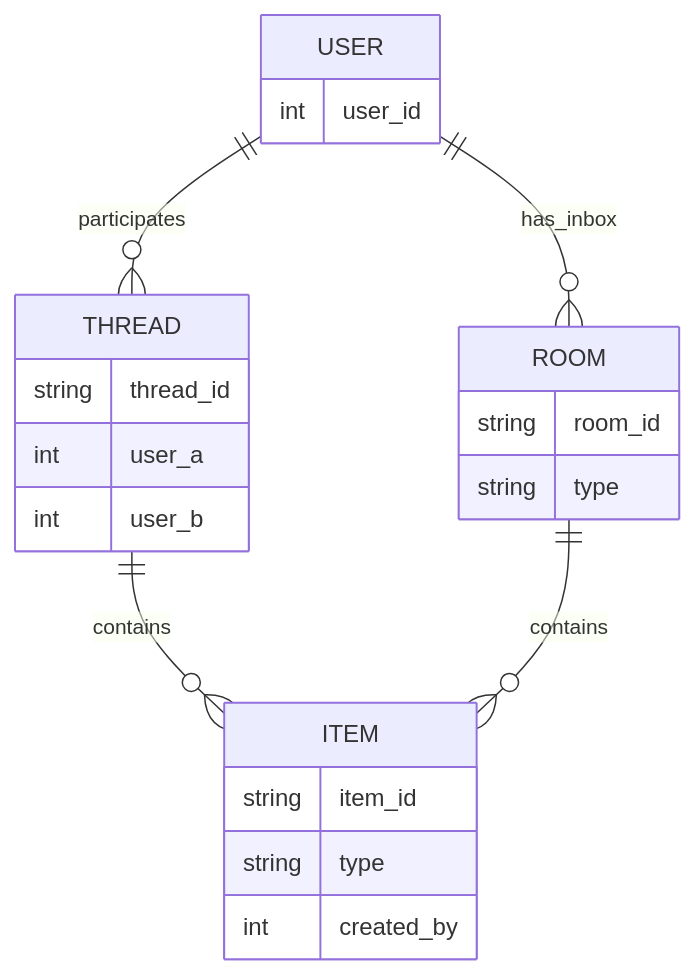
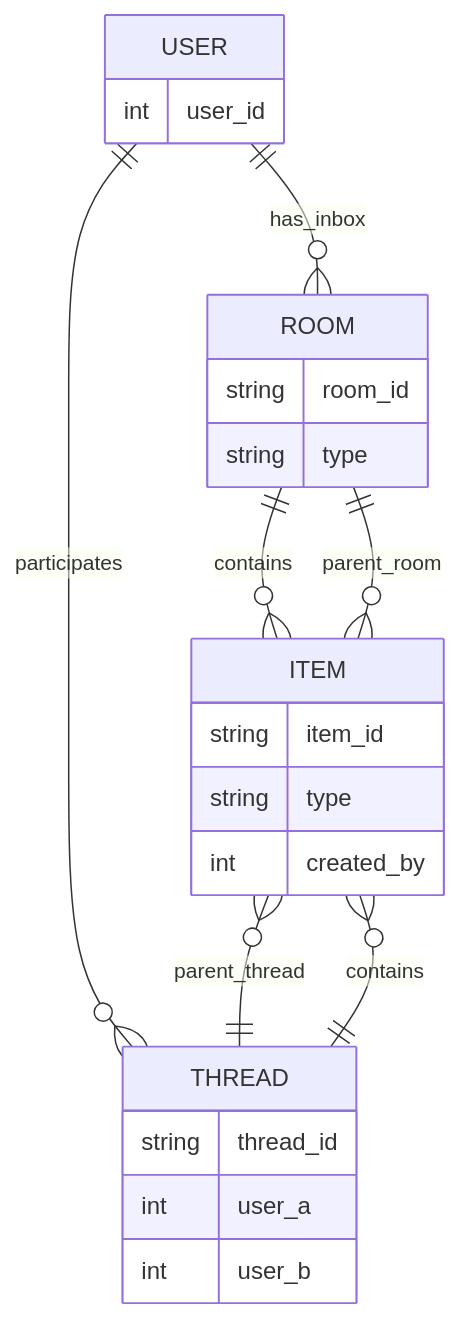
One commit to slapiar/BC changed the first of 3 diagrams in Signalizácia Chat Panel PWA.md. Above: the diagram before and after it, drawn with Mermaid. The commit also changed other lines of this file, not shown here.

````diff
--- a/Signalizácia Chat Panel PWA.md
+++ b/Signalizácia Chat Panel PWA.md
@@ -66,25 +67,27 @@
 ```mermaid
 erDiagram
   USER {
     int user_id
   }
   ROOM {
     string room_id
     string type
   }
   THREAD {
     string thread_id
     int user_a
     int user_b
   }
   ITEM {
     string item_id
     string type
     int created_by
   }
 
   USER ||--o{ ROOM : has_inbox
   USER ||--o{ THREAD : participates
   THREAD ||--o{ ITEM : contains
   ROOM ||--o{ ITEM : contains
+  ITEM }o--|| THREAD : parent_thread
+  ITEM }o--|| ROOM : parent_room
 ```
````
